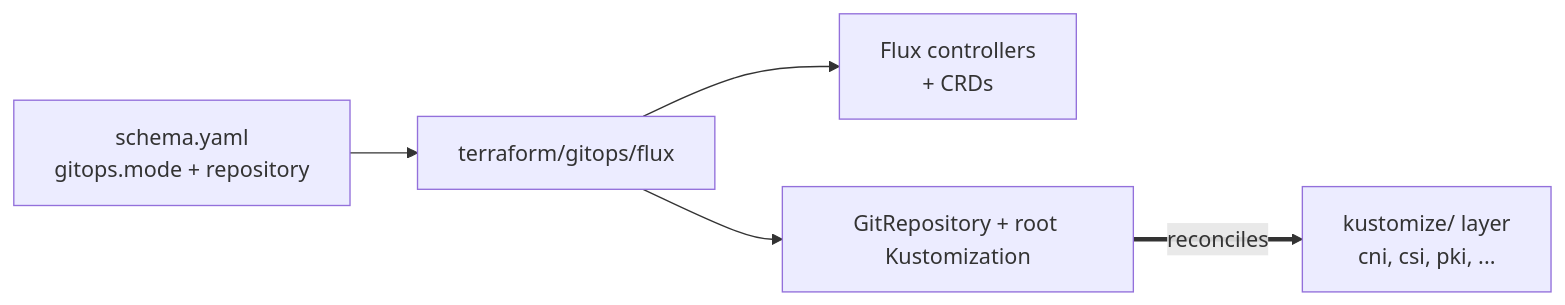
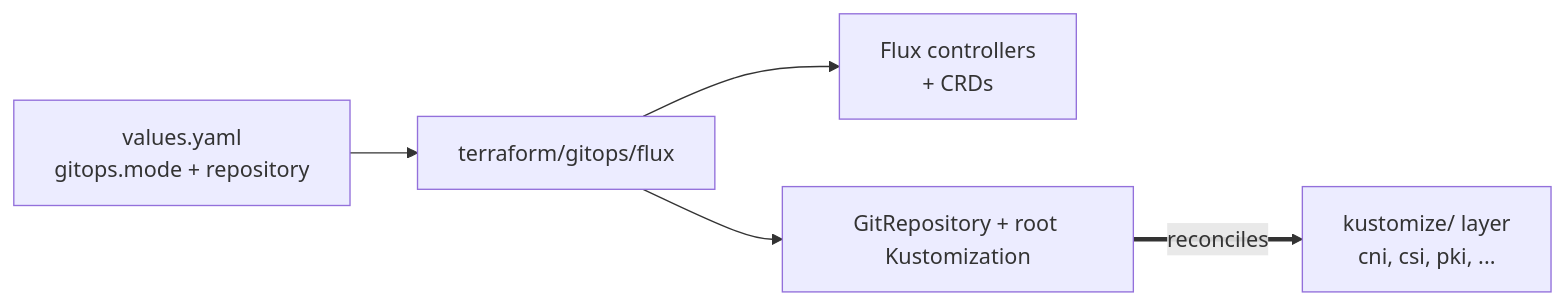
One commit to windsorcli/core changed the diagram in terraform/gitops/README.md. Above: the diagram before and after it, drawn with Mermaid. The commit also changed 7 other files, not shown here.

Commit message:
chore(docs): update README files to replace 'schema' with 'values' in flowcharts

````diff
--- a/terraform/gitops/README.md
+++ b/terraform/gitops/README.md
@@ -22,15 +22,15 @@
 ```mermaid
 flowchart LR
-  schema[schema.yaml<br/>gitops.mode + repository]
+  values[values.yaml<br/>gitops.mode + repository]
 
   tfGitops[terraform/gitops/flux]
   flux[Flux controllers<br/>+ CRDs]
   root[GitRepository + root Kustomization]
 
   kustomize[kustomize/ layer<br/>cni, csi, pki, ...]
 
-  schema --> tfGitops
+  values --> tfGitops
   tfGitops --> flux
   tfGitops --> root
   root ==reconciles==> kustomize
 ```
````
